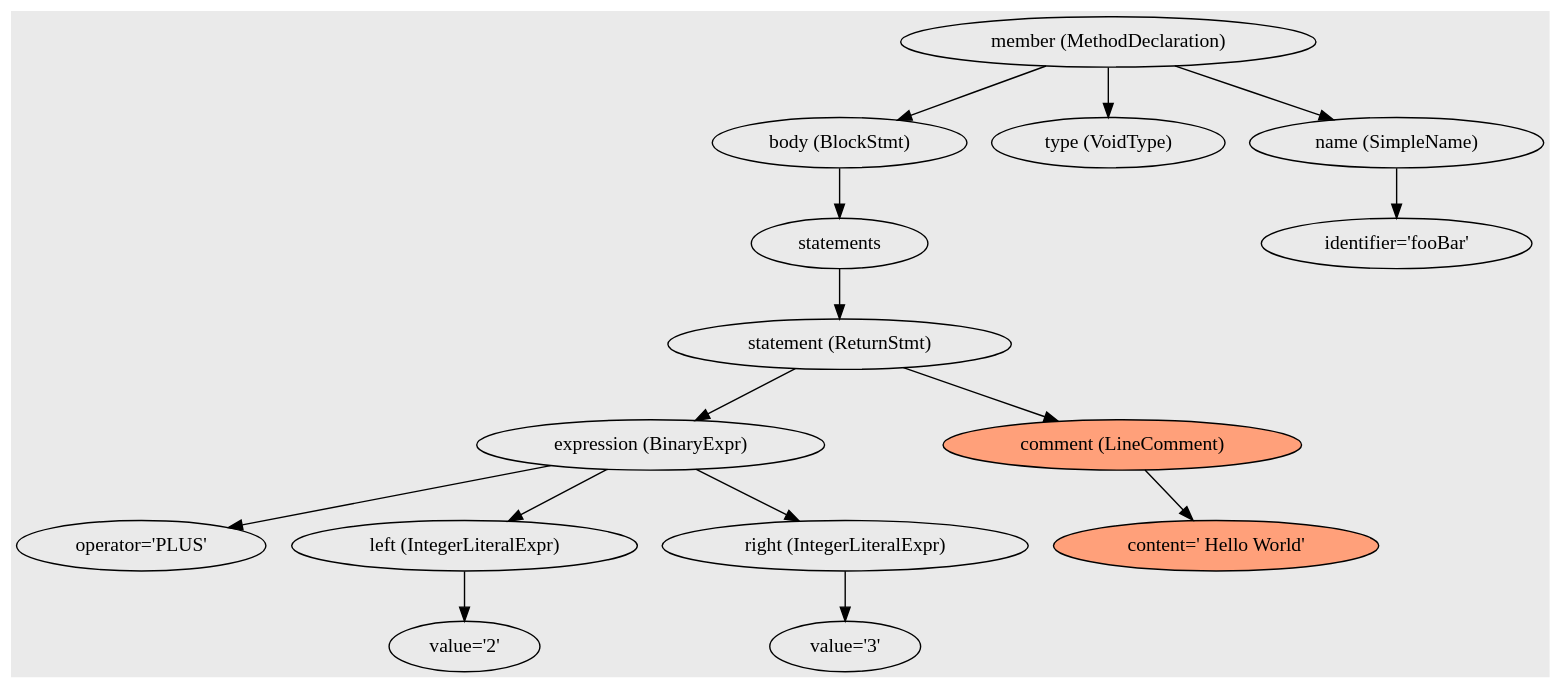
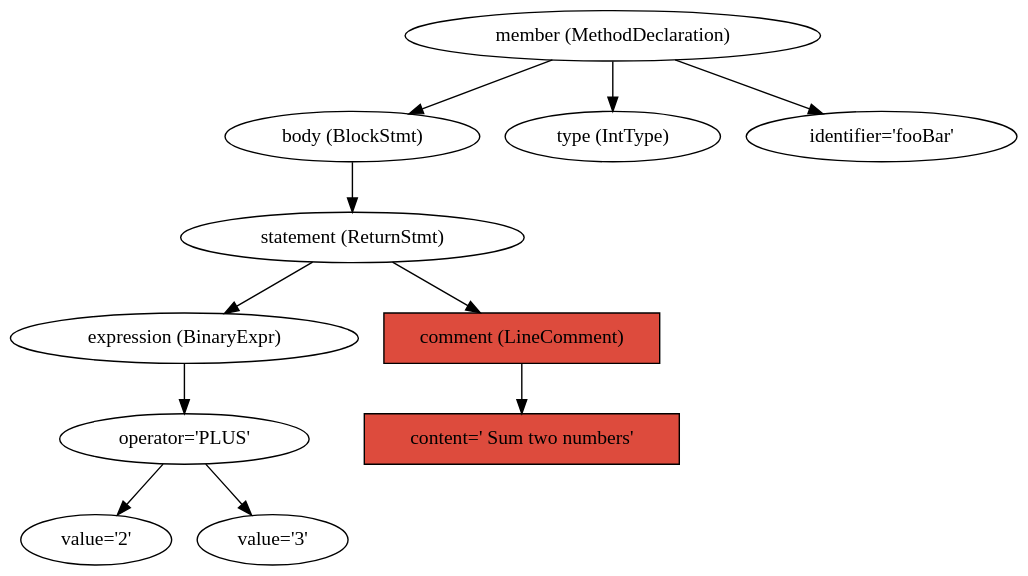
One commit to bacevicius/code2seq_codecaptioning changed the diagram in JavaExtractor/JPredict/ast_with_com.dot. Above: the diagram before and after it, drawn with Graphviz. The commit also changed 18 other files, not shown here.

```diff
--- a/JavaExtractor/JPredict/ast_with_com.dot
+++ b/JavaExtractor/JPredict/ast_with_com.dot
@@ -1,35 +1,30 @@
-digraph {bgcolor="#EAEAEA"
+digraph {bgcolor="transparent"
+
 n7 [label="member (MethodDeclaration)"];
-n8 [label="body (BlockStmt)"];
-n7 -> n8;
-n9 [label="statements"];
-n8 -> n9;
+n9 [label="body (BlockStmt)"];
+n7 -> n9;
 n10 [label="statement (ReturnStmt)"];
 n9 -> n10;
 n11 [label="expression (BinaryExpr)"];
 n10 -> n11;
 n12 [label="operator='PLUS'"];
 n11 -> n12;
-n13 [label="left (IntegerLiteralExpr)"];
-n11 -> n13;
 n14 [label="value='2'"];
-n13 -> n14;
-n15 [label="right (IntegerLiteralExpr)"];
-n11 -> n15;
+n12 -> n14;
+n12 -> n16;
 n16 [label="value='3'"];
-n15 -> n16;
 n17 [label="comment (LineComment)"
-     fillcolor="lightsalmon"
-     style=filled];
+     fillcolor="#dd4b3d"
+     style=filled
+     shape=box];
 n10 -> n17;
-n18 [label="content=' Hello World'"
-     fillcolor="lightsalmon"
-     style=filled];
+n18 [label="content=' Sum two numbers'"
+     fillcolor="#dd4b3d"
+     style=filled
+     shape=box];
 n17 -> n18;
-n19 [label="type (VoidType)"];
+n19 [label="type (IntType)"];
 n7 -> n19;
-n20 [label="name (SimpleName)"];
-n7 -> n20;
 n21 [label="identifier='fooBar'"];
-n20 -> n21;
+n7 -> n21;
 }
```
